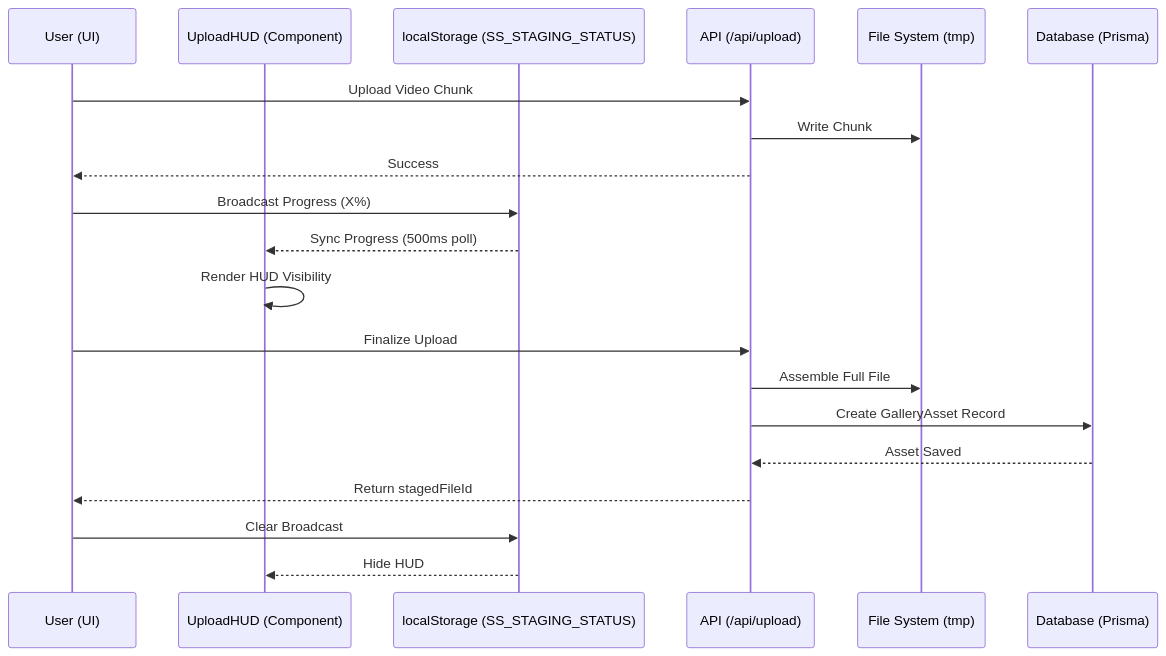
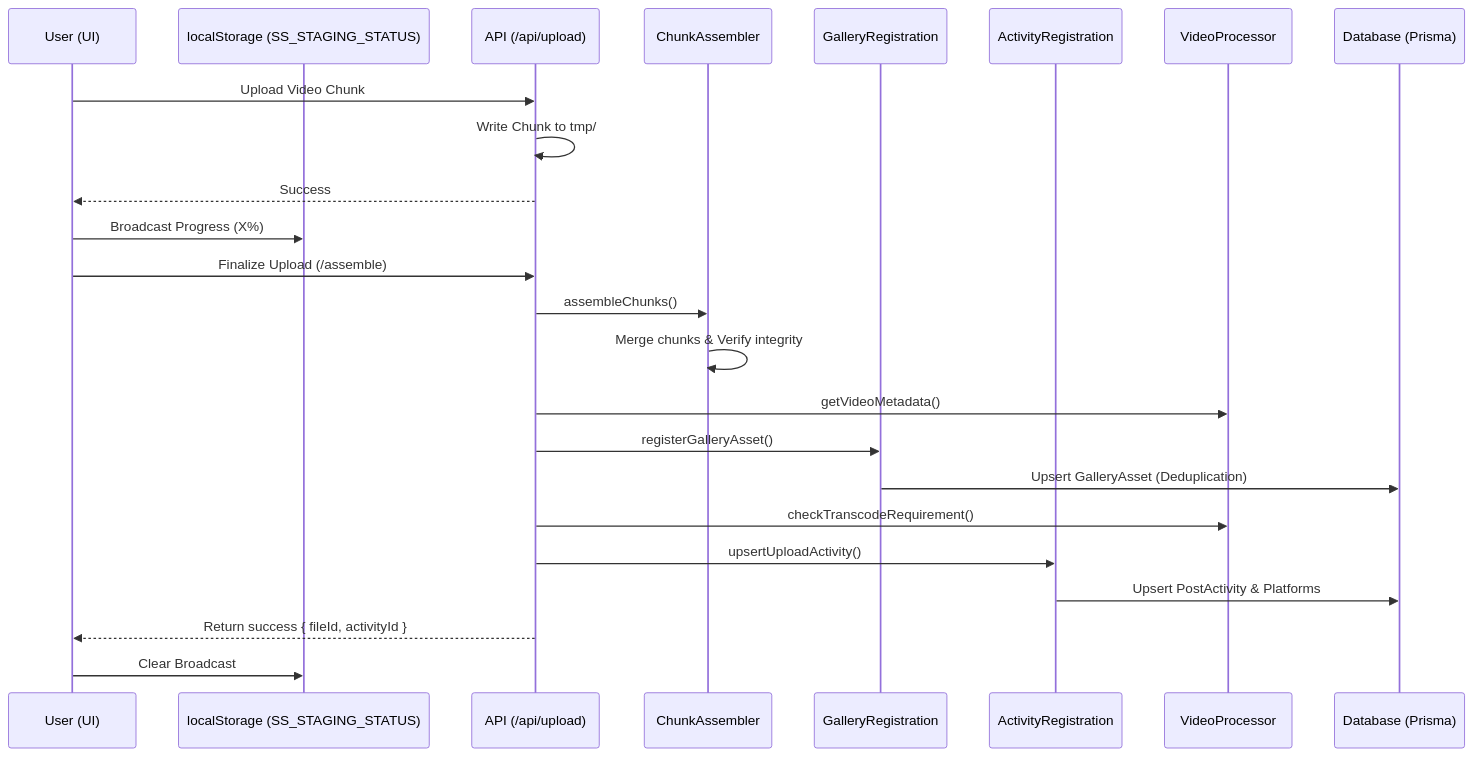
Before and after one commit to thoufeeque22/directly.social: the second of 9 diagrams in docs/ARCHITECTURE.md, drawn with Mermaid. The commit also changed other lines of this file and 12 other files, not shown here.

First line of the commit message:
refactor(upload): modularize assemble API route and extract services

````diff
--- a/docs/ARCHITECTURE.md
+++ b/docs/ARCHITECTURE.md
@@ -147,24 +149,28 @@
 ```mermaid
 sequenceDiagram
     participant U as User (UI)
-    participant HUD as UploadHUD (Component)
     participant LS as localStorage (SS_STAGING_STATUS)
     participant API as API (/api/upload)
-    participant FS as File System (tmp)
+    participant CA as ChunkAssembler
+    participant GR as GalleryRegistration
+    participant AR as ActivityRegistration
+    participant VP as VideoProcessor
     participant DB as Database (Prisma)
 
     U->>API: Upload Video Chunk
-    API->>FS: Write Chunk
+    API->>API: Write Chunk to tmp/
     API-->>U: Success
     U->>LS: Broadcast Progress (X%)
-    LS-->>HUD: Sync Progress (500ms poll)
-    HUD->>HUD: Render HUD Visibility
 
-    U->>API: Finalize Upload
-    API->>FS: Assemble Full File
-    API->>DB: Create GalleryAsset Record
-    DB-->>API: Asset Saved
-    API-->>U: Return stagedFileId
+    U->>API: Finalize Upload (/assemble)
+    API->>CA: assembleChunks()
+    CA->>CA: Merge chunks & Verify integrity
+    API->>VP: getVideoMetadata()
+    API->>GR: registerGalleryAsset()
+    GR->>DB: Upsert GalleryAsset (Deduplication)
+    API->>VP: checkTranscodeRequirement()
+    API->>AR: upsertUploadActivity()
+    AR->>DB: Upsert PostActivity & Platforms
+    API-->>U: Return success { fileId, activityId }
     U->>LS: Clear Broadcast
-    LS-->>HUD: Hide HUD
 ```
````
